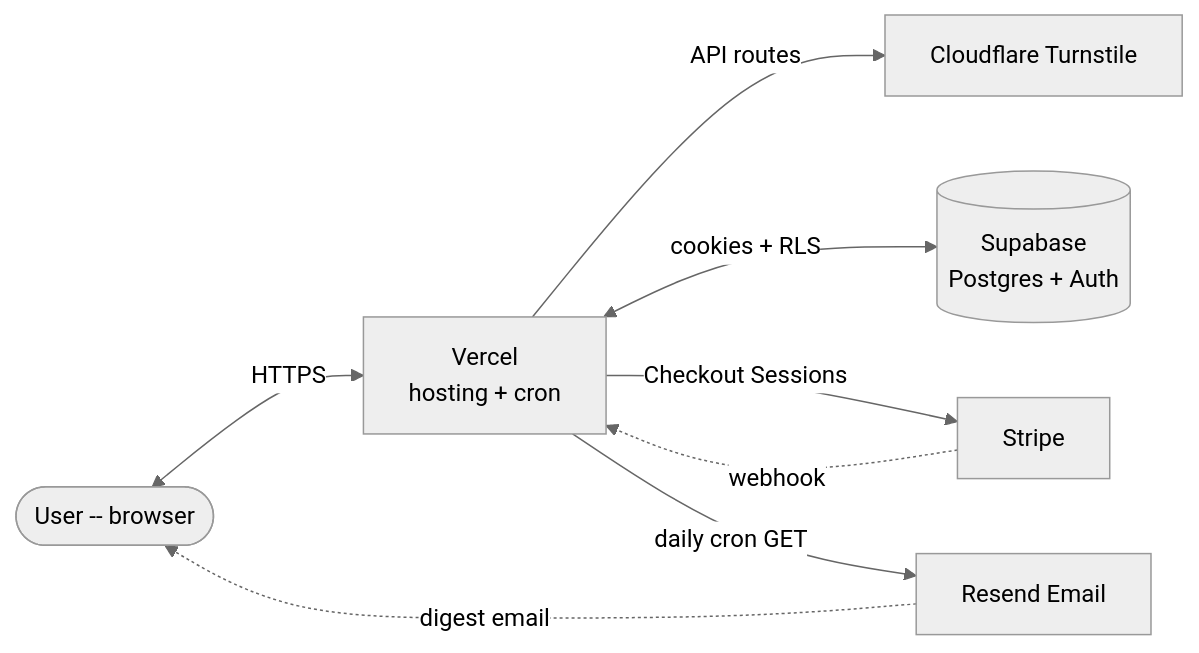
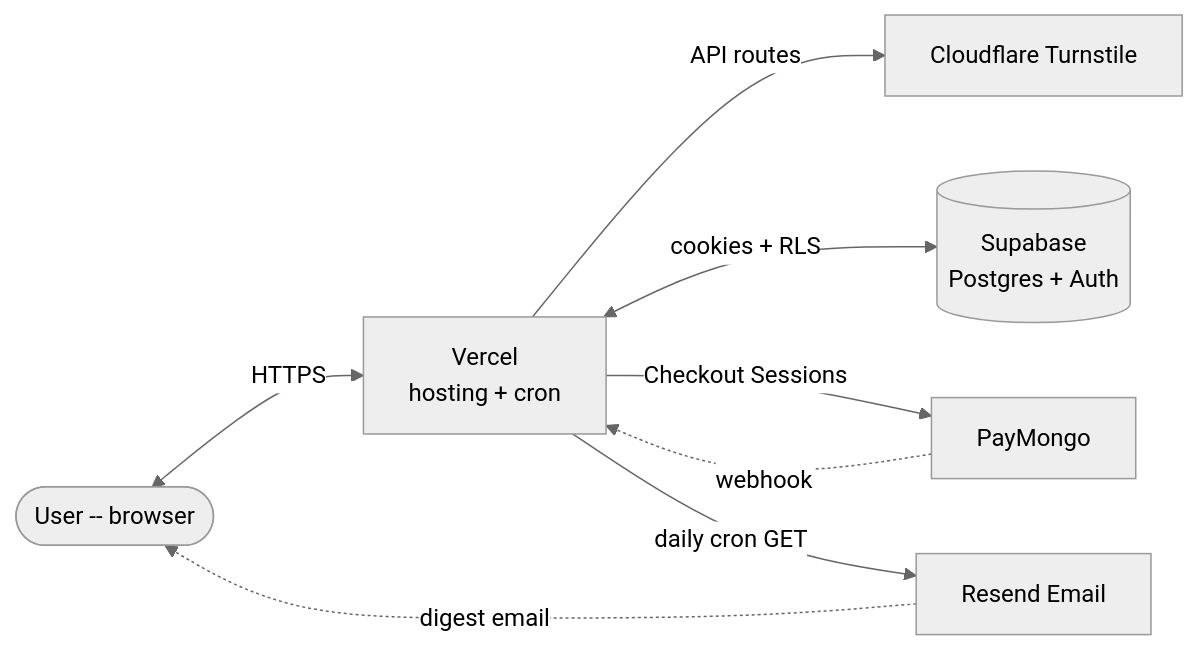
One commit to dream-creator/agentflow changed the first of 11 diagrams in docs/ARCHITECTURE-FLOW.md. Above: the diagram before and after it, drawn with Mermaid (neutral theme). The commit also changed other lines of this file and 11 other files, not shown here.

Commit message:
docs: update all documentation to reflect $8/mo pricing and PayMongo

````diff
--- a/docs/ARCHITECTURE-FLOW.md
+++ b/docs/ARCHITECTURE-FLOW.md
@@ -13,17 +13,17 @@
 ```mermaid
 flowchart LR
     User([User -- browser])
     CF[Cloudflare Turnstile]
     Supabase[(Supabase<br/>Postgres + Auth)]
-    Stripe[Stripe]
+    PayMongo[PayMongo]
     Resend[Resend Email]
     Vercel[Vercel<br/>hosting + cron]
 
     User <-->|HTTPS| Vercel
     Vercel -->|API routes| CF
     Vercel <-->|cookies + RLS| Supabase
-    Vercel -->|Checkout Sessions| Stripe
-    Stripe -.->|webhook| Vercel
+    Vercel -->|Checkout Sessions| PayMongo
+    PayMongo -.->|webhook| Vercel
     Vercel -->|daily cron GET| Resend
     Resend -.->|digest email| User
 ```
````
